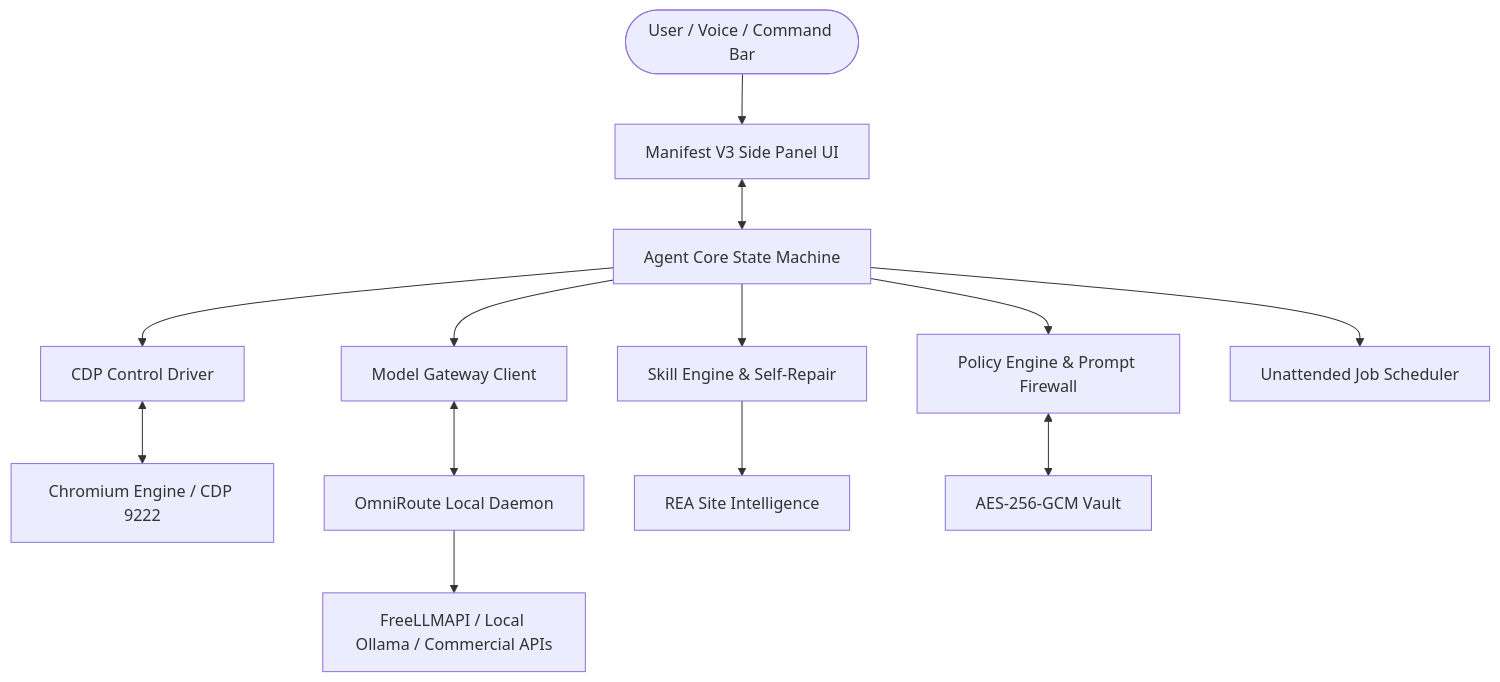
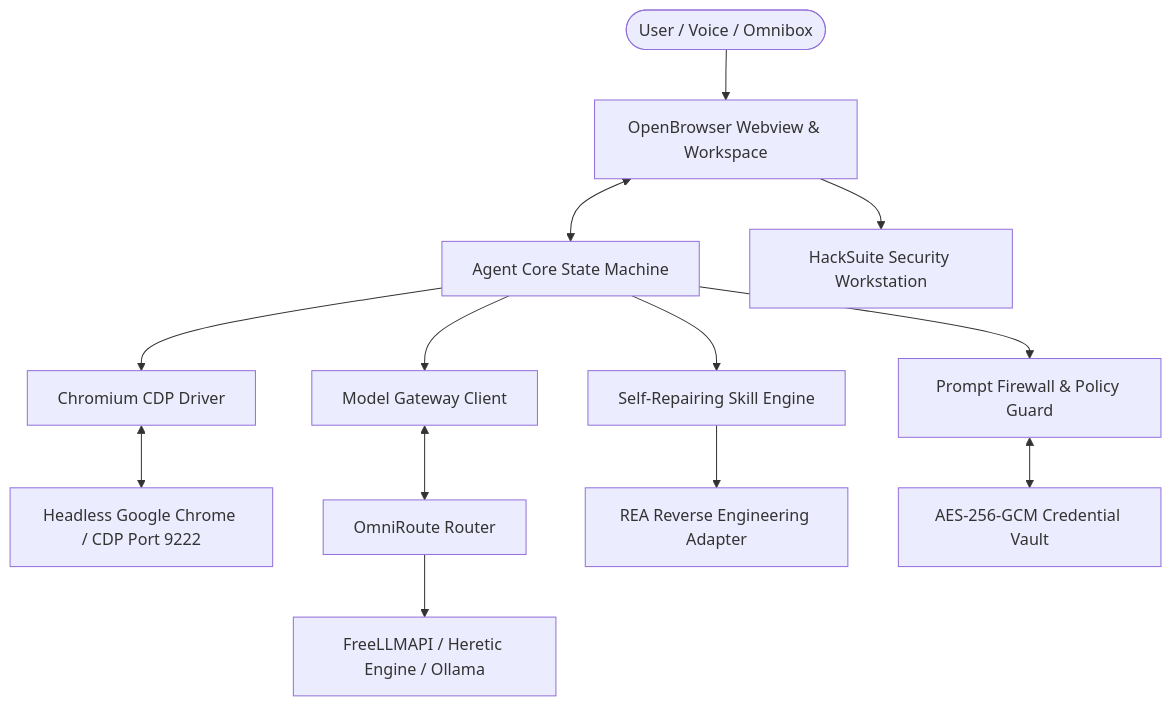
The diagram in README.md (fsferdows/OpenBrowser), drawn with Mermaid before and after one commit. The commit also changed other lines of this file and 2 other files, not shown here.

Commit message:
docs: release OpenBrowser v1.0.0 by FS Ferdows with video demo

````diff
--- a/README.md
+++ b/README.md
@@ -25,15 +71,15 @@
 ```mermaid
 graph TD
-    User([User / Voice / Command Bar]) --> ExtensionUI[Manifest V3 Side Panel UI]
-    ExtensionUI <--> AgentCore[Agent Core State Machine]
-    AgentCore --> ControlDriver[CDP Control Driver]
-    ControlDriver <--> BrowserHost[Chromium Engine / CDP 9222]
+    User([User / Voice / Omnibox]) --> OpenBrowserUI[OpenBrowser Webview & Workspace]
+    OpenBrowserUI <--> AgentCore[Agent Core State Machine]
+    AgentCore --> ControlDriver[Chromium CDP Driver]
+    ControlDriver <--> HeadlessChrome[Headless Google Chrome / CDP Port 9222]
     AgentCore --> GatewayClient[Model Gateway Client]
-    GatewayClient <--> OmniRoute[OmniRoute Local Daemon]
-    OmniRoute --> ProviderAdapters[FreeLLMAPI / Local Ollama / Commercial APIs]
-    AgentCore --> SkillEngine[Skill Engine & Self-Repair]
-    SkillEngine --> REA[REA Site Intelligence]
-    AgentCore --> SafetyEngine[Policy Engine & Prompt Firewall]
-    SafetyEngine <--> EncryptedVault[AES-256-GCM Vault]
-    AgentCore --> Scheduler[Unattended Job Scheduler]
+    GatewayClient <--> OmniRoute[OmniRoute Router]
+    OmniRoute --> AIProviders[FreeLLMAPI / Heretic Engine / Ollama]
+    AgentCore --> SkillEngine[Self-Repairing Skill Engine]
+    SkillEngine --> REA[REA Reverse Engineering Adapter]
+    AgentCore --> SafetyEngine[Prompt Firewall & Policy Guard]
+    SafetyEngine <--> Vault[AES-256-GCM Credential Vault]
+    OpenBrowserUI --> HackSuite[HackSuite Security Workstation]
 ```
````
